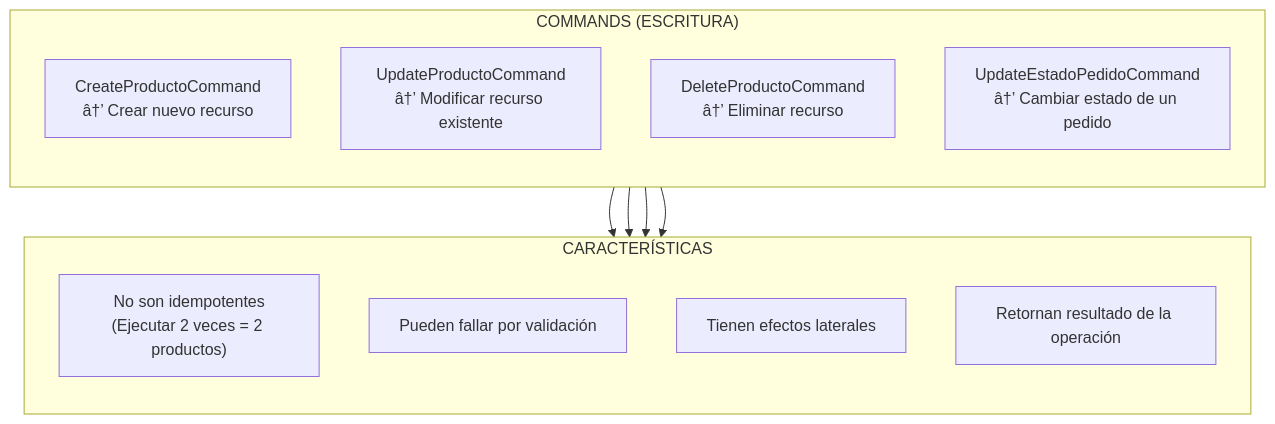
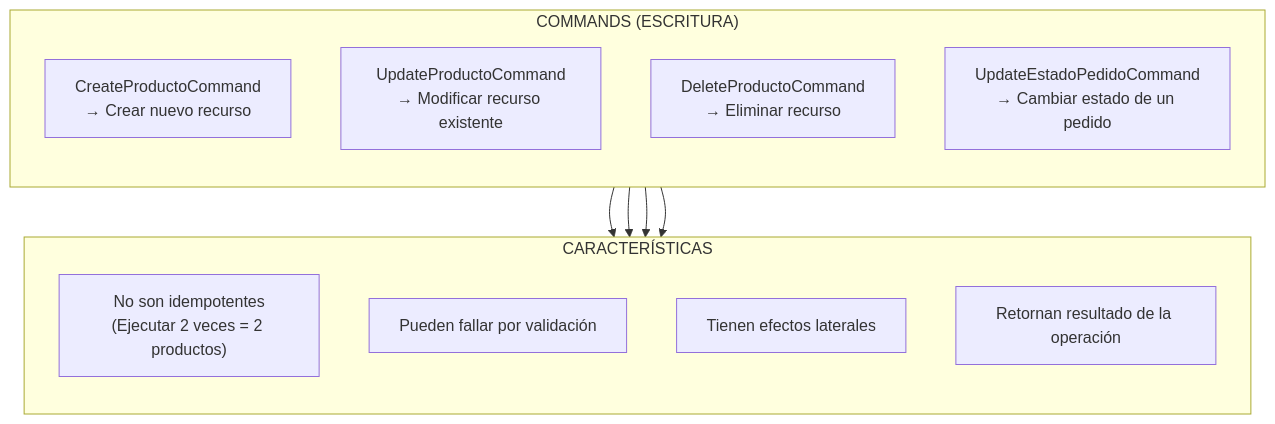
One commit to joseluisgs/TiendaDawApi-Cqrs-MediatR-NetCore changed the fourth of 23 diagrams in doc/12-cqrs-commands-queries.md. Above: the diagram before and after it, drawn with Mermaid. The commit also changed other lines of this file and 27 other files, not shown here.

````diff
--- a/doc/12-cqrs-commands-queries.md
+++ b/doc/12-cqrs-commands-queries.md
@@ -218,23 +218,23 @@
 ```mermaid
 flowchart TB
     subgraph "COMMANDS (ESCRITURA)"
         direction TB
-        C1["CreateProductoCommand\nâ†’ Crear nuevo recurso"]
-        C2["UpdateProductoCommand\nâ†’ Modificar recurso existente"]
-        C3["DeleteProductoCommand\nâ†’ Eliminar recurso"]
-        C4["UpdateEstadoPedidoCommand\nâ†’ Cambiar estado de un pedido"]
+        C1["CreateProductoCommand\n→ Crear nuevo recurso"]
+        C2["UpdateProductoCommand\n→ Modificar recurso existente"]
+        C3["DeleteProductoCommand\n→ Eliminar recurso"]
+        C4["UpdateEstadoPedidoCommand\n→ Cambiar estado de un pedido"]
     end
     
     subgraph "CARACTERÍSTICAS"
         direction TB
         R1["No son idempotentes\n(Ejecutar 2 veces = 2 productos)"]
         R2["Pueden fallar por validación"]
         R3["Tienen efectos laterales"]
         R4["Retornan resultado de la operación"]
     end
     
     C1 --> R1
     C2 --> R2
     C3 --> R3
     C4 --> R4
 ```
````
